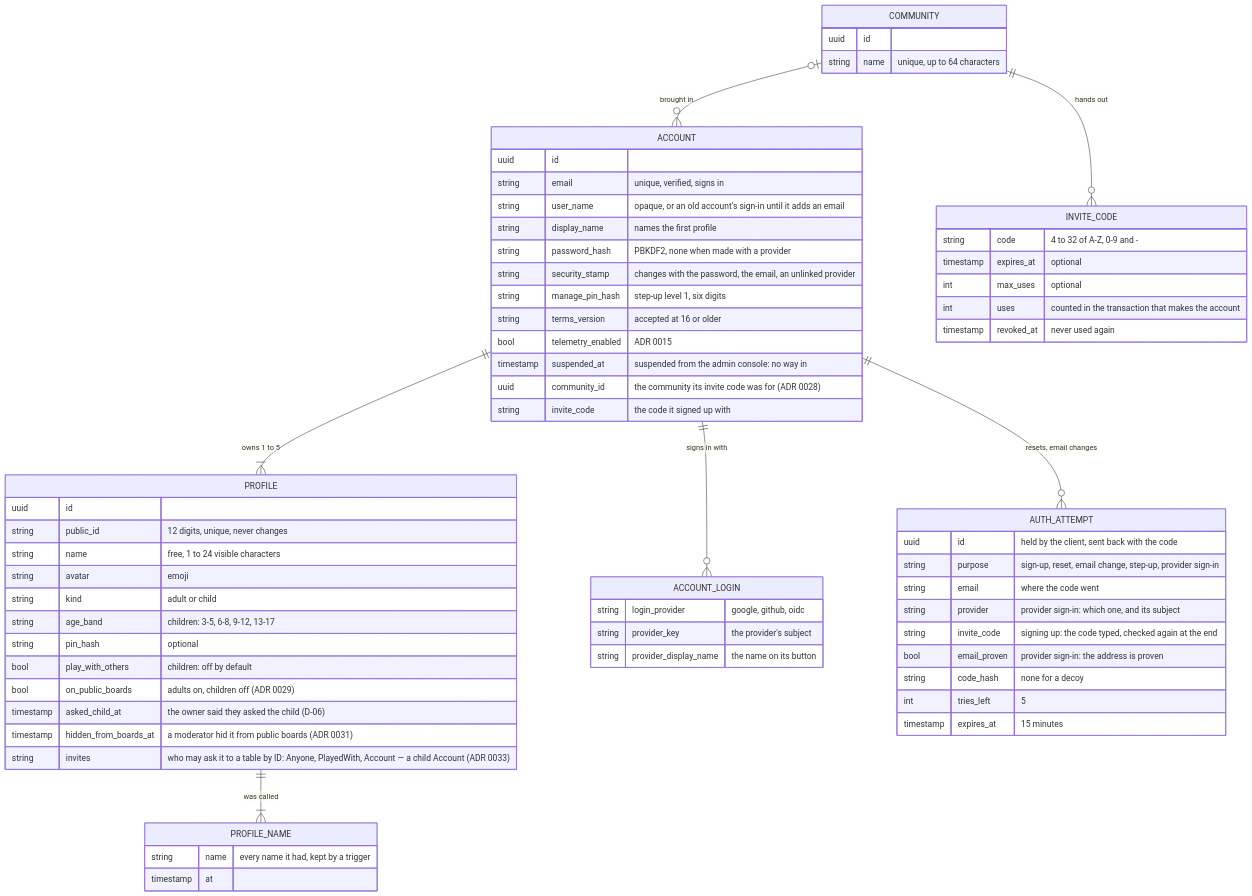
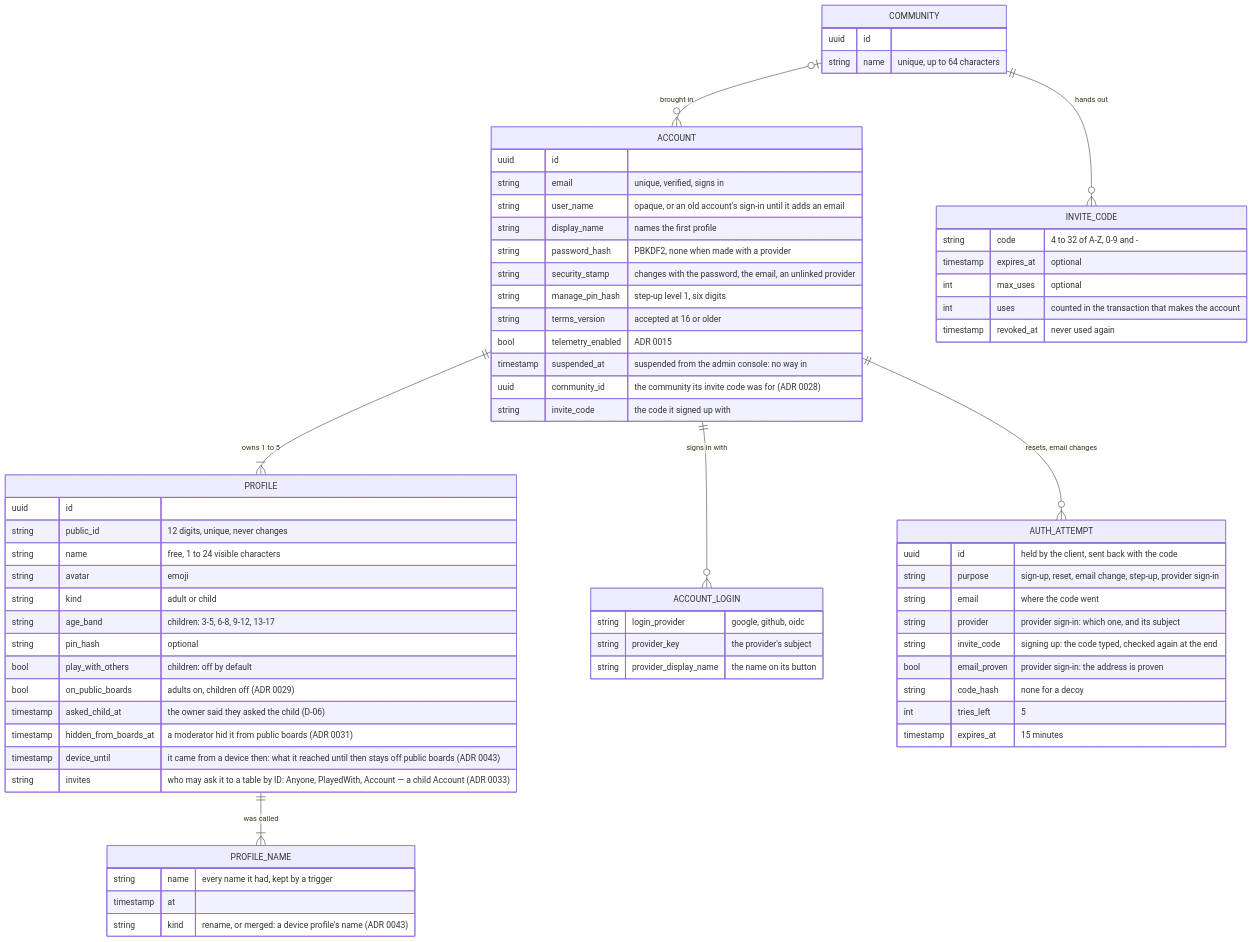
The first of 14 diagrams in docs/architecture/identity.md (vinh466/tohe-play), drawn with Mermaid before and after one commit. The commit also changed other lines of this file and 29 other files, not shown here.

````diff
--- a/docs/architecture/identity.md
+++ b/docs/architecture/identity.md
@@ -17,68 +17,70 @@
 ```mermaid
 erDiagram
   ACCOUNT ||--|{ PROFILE : "owns 1 to 5"
   PROFILE ||--|{ PROFILE_NAME : "was called"
   ACCOUNT ||--o{ ACCOUNT_LOGIN : "signs in with"
   ACCOUNT ||--o{ AUTH_ATTEMPT : "resets, email changes"
   COMMUNITY |o--o{ ACCOUNT : "brought in"
   COMMUNITY ||--o{ INVITE_CODE : "hands out"
   ACCOUNT {
     uuid id
     string email "unique, verified, signs in"
     string user_name "opaque, or an old account's sign-in until it adds an email"
     string display_name "names the first profile"
     string password_hash "PBKDF2, none when made with a provider"
     string security_stamp "changes with the password, the email, an unlinked provider"
     string manage_pin_hash "step-up level 1, six digits"
     string terms_version "accepted at 16 or older"
     bool telemetry_enabled "ADR 0015"
     timestamp suspended_at "suspended from the admin console: no way in"
     uuid community_id "the community its invite code was for (ADR 0028)"
     string invite_code "the code it signed up with"
   }
   COMMUNITY {
     uuid id
     string name "unique, up to 64 characters"
   }
   INVITE_CODE {
     string code "4 to 32 of A-Z, 0-9 and -"
     timestamp expires_at "optional"
     int max_uses "optional"
     int uses "counted in the transaction that makes the account"
     timestamp revoked_at "never used again"
   }
   ACCOUNT_LOGIN {
     string login_provider "google, github, oidc"
     string provider_key "the provider's subject"
     string provider_display_name "the name on its button"
   }
   PROFILE_NAME {
     string name "every name it had, kept by a trigger"
     timestamp at
+    string kind "rename, or merged: a device profile's name (ADR 0043)"
   }
   PROFILE {
     uuid id
     string public_id "12 digits, unique, never changes"
     string name "free, 1 to 24 visible characters"
     string avatar "emoji"
     string kind "adult or child"
     string age_band "children: 3-5, 6-8, 9-12, 13-17"
     string pin_hash "optional"
     bool play_with_others "children: off by default"
     bool on_public_boards "adults on, children off (ADR 0029)"
     timestamp asked_child_at "the owner said they asked the child (D-06)"
     timestamp hidden_from_boards_at "a moderator hid it from public boards (ADR 0031)"
+    timestamp device_until "it came from a device then: what it reached until then stays off public boards (ADR 0043)"
     string invites "who may ask it to a table by ID: Anyone, PlayedWith, Account — a child Account (ADR 0033)"
   }
   AUTH_ATTEMPT {
     uuid id "held by the client, sent back with the code"
     string purpose "sign-up, reset, email change, step-up, provider sign-in"
     string email "where the code went"
     string provider "provider sign-in: which one, and its subject"
     string invite_code "signing up: the code typed, checked again at the end"
     bool email_proven "provider sign-in: the address is proven"
     string code_hash "none for a decoy"
     int tries_left "5"
     timestamp expires_at "15 minutes"
   }
 ```
````
